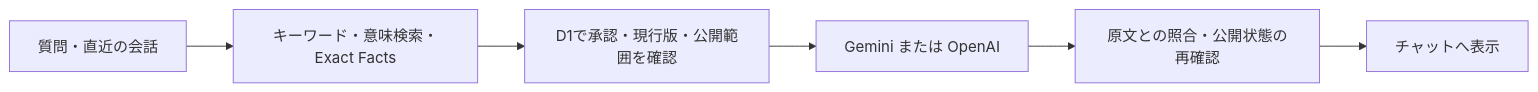
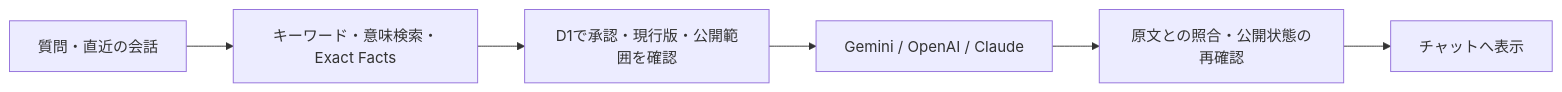
One commit to ryoheiwatanabe/ai-mendan-kun changed the diagram in README.md. Above: the diagram before and after it, drawn with Mermaid. The commit also changed other lines of this file and 10 other files, not shown here.

````diff
--- a/README.md
+++ b/README.md
@@ -26,8 +26,8 @@
 ```mermaid
 flowchart LR
   Q[質問・直近の会話] --> S[キーワード・意味検索・Exact Facts]
   S --> G[D1で承認・現行版・公開範囲を確認]
-  G --> A[Gemini または OpenAI]
+  G --> A[Gemini / OpenAI / Claude]
   A --> V[原文との照合・公開状態の再確認]
   V --> C[チャットへ表示]
 ```
````
